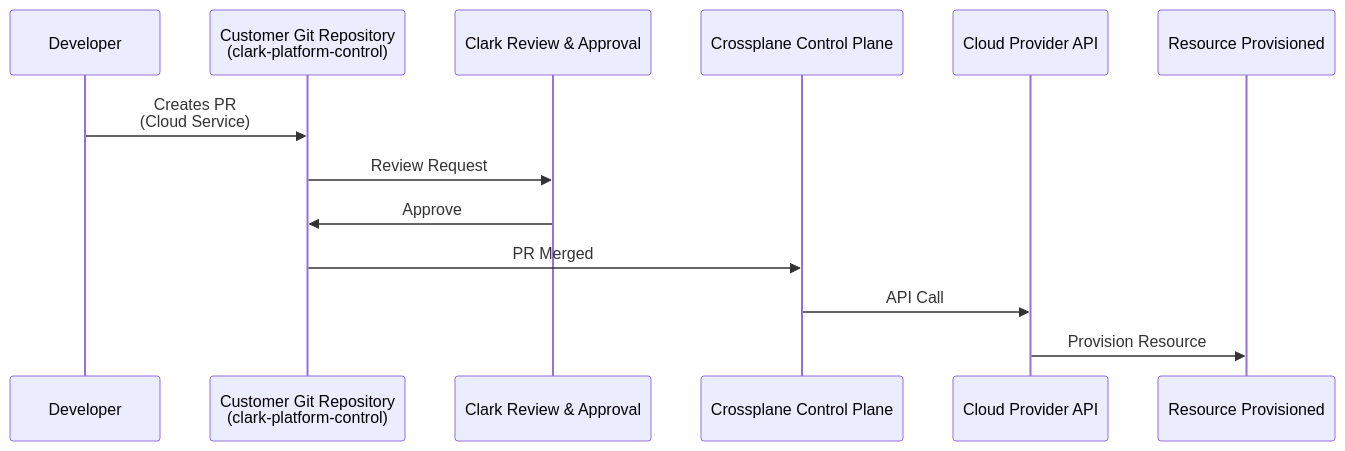
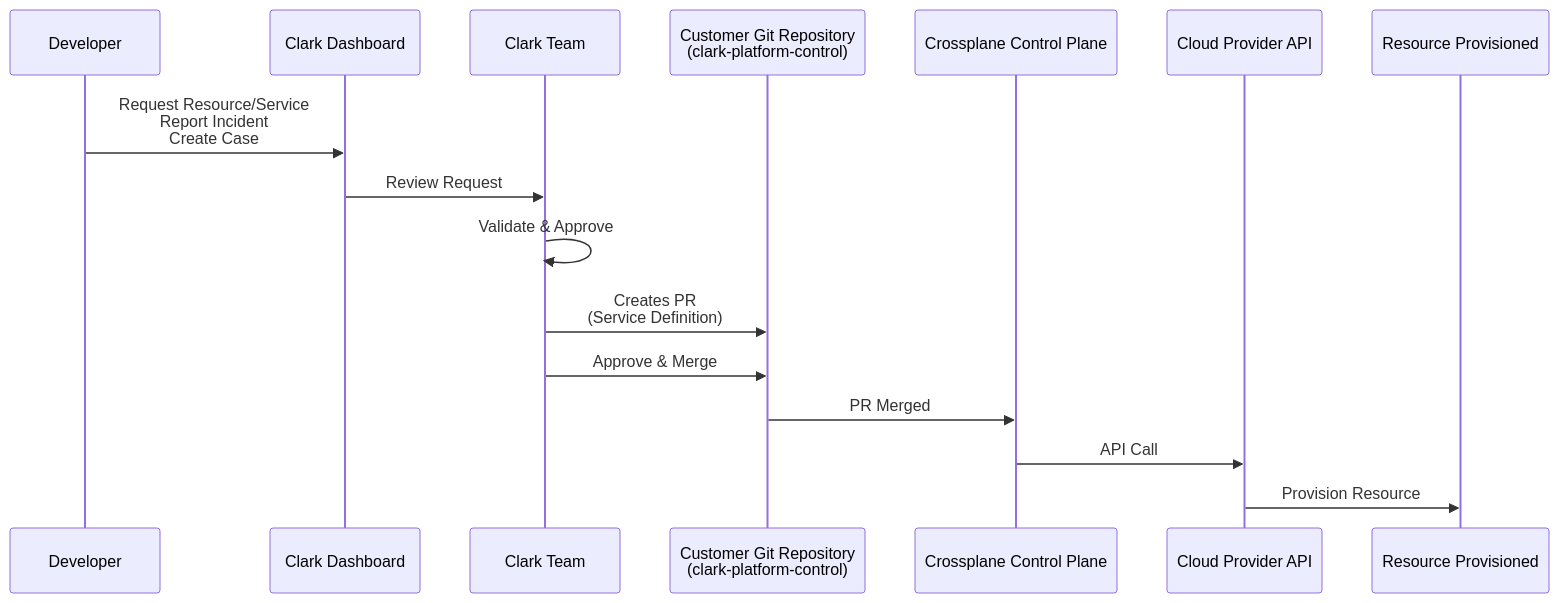
Before and after one commit to corpobit/clark-platform-operating-model: the first of 2 diagrams in 04-gitops-model.md, drawn with Mermaid. The commit also changed other lines of this file and 4 other files, not shown here.

First line of the commit message:
Update workflow to use Clark dashboard instead of direct PRs

````diff
--- a/04-gitops-model.md
+++ b/04-gitops-model.md
@@ -37,16 +60,19 @@
 ```mermaid
 sequenceDiagram
     participant Dev as Developer
+    participant Dashboard as Clark Dashboard
+    participant Clark as Clark Team
     participant Repo as Customer Git Repository<br/>(clark-platform-control)
-    participant Clark as Clark Review & Approval
     participant XP as Crossplane Control Plane
     participant Cloud as Cloud Provider API
     participant Resource as Resource Provisioned
     
-    Dev->>Repo: Creates PR<br/>(Cloud Service)
-    Repo->>Clark: Review Request
-    Clark->>Repo: Approve
+    Dev->>Dashboard: Request Resource/Service<br/>Report Incident<br/>Create Case
+    Dashboard->>Clark: Review Request
+    Clark->>Clark: Validate & Approve
+    Clark->>Repo: Creates PR<br/>(Service Definition)
+    Clark->>Repo: Approve & Merge
     Repo->>XP: PR Merged
     XP->>Cloud: API Call
     Cloud->>Resource: Provision Resource
 ```
````
